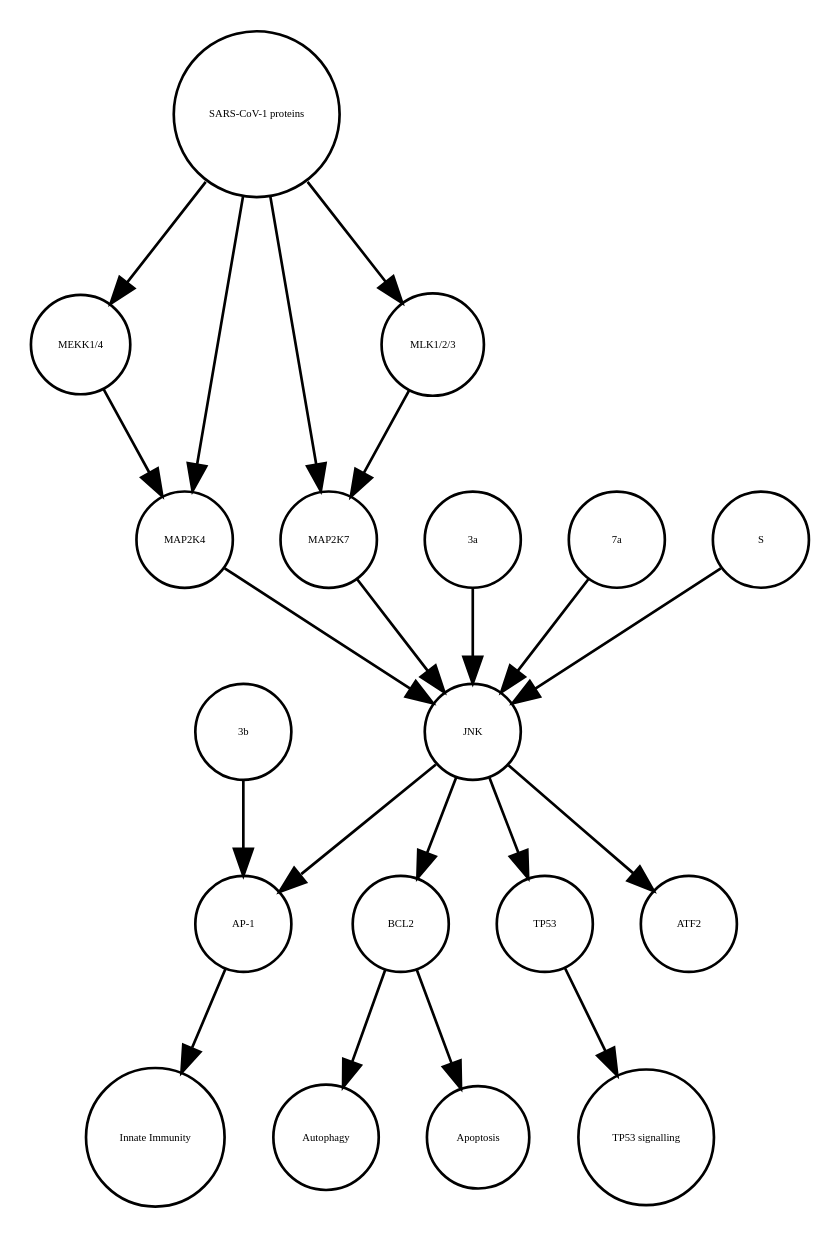
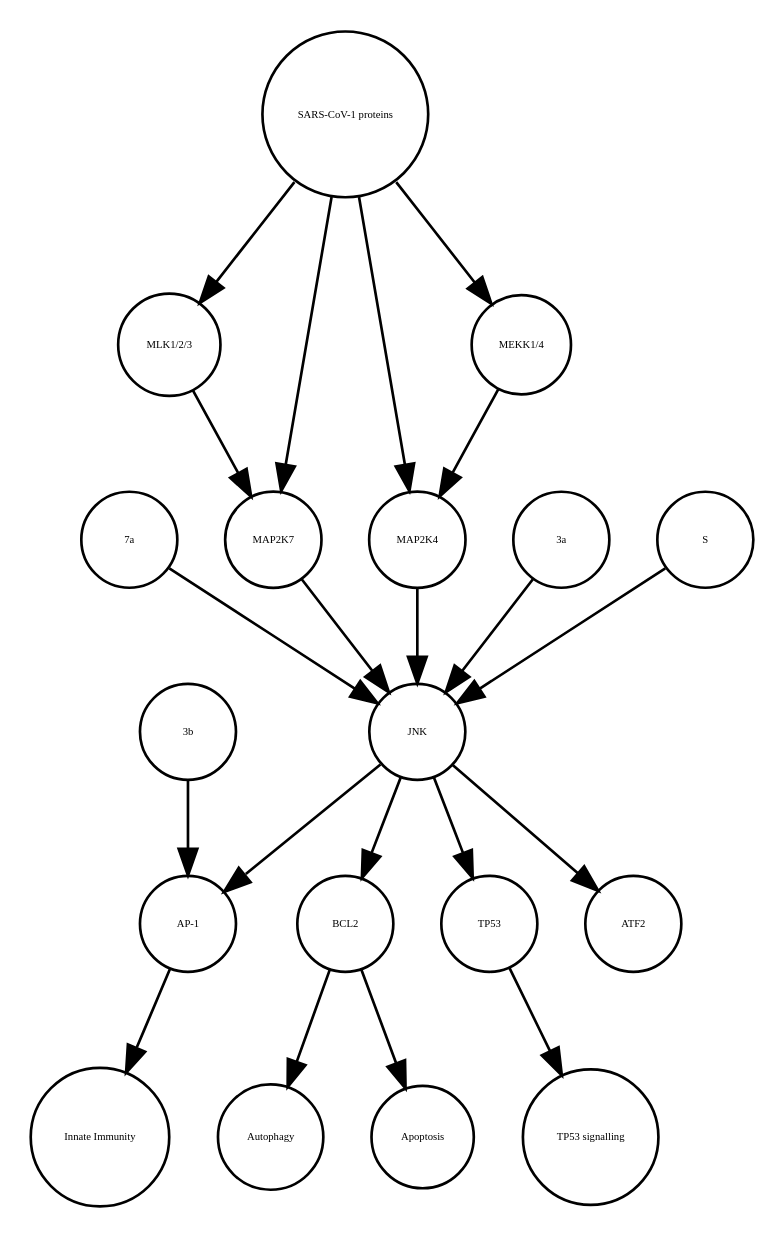
One commit to cannin/covid19-sbgn changed the diagram in JNK_pathway_stable.xml_projected.dot. Above: the diagram before and after it, drawn with Graphviz. The commit also changed other lines of this file and 613 other files, not shown here.

```diff
--- a/JNK_pathway_stable.xml_projected.dot
+++ b/JNK_pathway_stable.xml_projected.dot
@@ -1,40 +1,40 @@
 strict digraph  {
 BCL2 [annotation=urn_miriam_ncbigene_596, bipartite=0, cls=macromolecule, fontsize=4, label=BCL2, shape=circle];
 Autophagy [annotation="urn_miriam_obo.go_GO%3A0006914", bipartite=0, cls=phenotype, fontsize=4, label=Autophagy, shape=circle];
 "AP-1" [annotation="", bipartite=0, cls=complex, fontsize=4, label="AP-1", shape=circle];
 "Innate Immunity" [annotation="urn_miriam_obo.go_GO%3A0045087", bipartite=0, cls=phenotype, fontsize=4, label="Innate Immunity", shape=circle];
 TP53 [annotation=urn_miriam_ncbigene_7157, bipartite=0, cls=macromolecule, fontsize=4, label=TP53, shape=circle];
 "TP53 signalling" [annotation="urn_miriam_obo.go_GO%3A0072331", bipartite=0, cls=phenotype, fontsize=4, label="TP53 signalling", shape=circle];
 Apoptosis [annotation="urn_miriam_obo.go_GO%3A0006915", bipartite=0, cls=phenotype, fontsize=4, label=Apoptosis, shape=circle];
+"MLK1/2/3" [annotation="", bipartite=0, cls=complex, fontsize=4, label="MLK1/2/3", shape=circle];
+"7a" [annotation=urn_miriam_uniprot_P59635, bipartite=0, cls=macromolecule, fontsize=4, label="7a", shape=circle];
+MAP2K4 [annotation=urn_miriam_ncbigene_6416, bipartite=0, cls=macromolecule, fontsize=4, label=MAP2K4, shape=circle];
+JNK [annotation="", bipartite=0, cls=complex, fontsize=4, label=JNK, shape=circle];
+"3a" [annotation=urn_miriam_uniprot_P59632, bipartite=0, cls=macromolecule, fontsize=4, label="3a", shape=circle];
+"3b" [annotation=urn_miriam_uniprot_P59633, bipartite=0, cls=macromolecule, fontsize=4, label="3b", shape=circle];
+"SARS-CoV-1 proteins" [annotation="", bipartite=0, cls=complex, fontsize=4, label="SARS-CoV-1 proteins", shape=circle];
+MAP2K7 [annotation=urn_miriam_ncbigene_5609, bipartite=0, cls=macromolecule, fontsize=4, label=MAP2K7, shape=circle];
 "MEKK1/4" [annotation="", bipartite=0, cls=complex, fontsize=4, label="MEKK1/4", shape=circle];
-MAP2K4 [annotation=urn_miriam_ncbigene_6416, bipartite=0, cls=macromolecule, fontsize=4, label=MAP2K4, shape=circle];
-"3a" [annotation=urn_miriam_uniprot_P59632, bipartite=0, cls=macromolecule, fontsize=4, label="3a", shape=circle];
-MAP2K7 [annotation=urn_miriam_ncbigene_5609, bipartite=0, cls=macromolecule, fontsize=4, label=MAP2K7, shape=circle];
-"3b" [annotation=urn_miriam_uniprot_P59633, bipartite=0, cls=macromolecule, fontsize=4, label="3b", shape=circle];
 ATF2 [annotation=urn_miriam_ncbigene_1386, bipartite=0, cls=macromolecule, fontsize=4, label=ATF2, shape=circle];
-"7a" [annotation=urn_miriam_uniprot_P59635, bipartite=0, cls=macromolecule, fontsize=4, label="7a", shape=circle];
-"MLK1/2/3" [annotation="", bipartite=0, cls=complex, fontsize=4, label="MLK1/2/3", shape=circle];
-JNK [annotation="", bipartite=0, cls=complex, fontsize=4, label=JNK, shape=circle];
-"SARS-CoV-1 proteins" [annotation="", bipartite=0, cls=complex, fontsize=4, label="SARS-CoV-1 proteins", shape=circle];
 S [annotation=urn_miriam_uniprot_P59594, bipartite=0, cls=macromolecule, fontsize=4, label=S, shape=circle];
 BCL2 -> Autophagy  [annotation="", interaction_type="necessary stimulation"];
 BCL2 -> Apoptosis  [annotation="", interaction_type=inhibition];
 "AP-1" -> "Innate Immunity"  [annotation="", interaction_type="necessary stimulation"];
 TP53 -> "TP53 signalling"  [annotation="", interaction_type="necessary stimulation"];
-"MEKK1/4" -> MAP2K4  [annotation="urn_miriam_pubmed_31226023|urn_miriam_taxonomy_694009|urn_miriam_taxonomy_392815", interaction_type=stimulation];
+"MLK1/2/3" -> MAP2K7  [annotation="urn_miriam_pubmed_31226023|urn_miriam_taxonomy_694009|urn_miriam_taxonomy_392815", interaction_type=stimulation];
+"7a" -> JNK  [annotation="urn_miriam_pubmed_17141229|urn_miriam_taxonomy_694009|urn_miriam_taxonomy_392815", interaction_type=stimulation];
 MAP2K4 -> JNK  [annotation="urn_miriam_pubmed_17141229|urn_miriam_taxonomy_694009|urn_miriam_taxonomy_392815", interaction_type=stimulation];
+JNK -> TP53  [annotation=urn_miriam_pubmed_9724739, interaction_type=stimulation];
+JNK -> "AP-1"  [annotation="urn_miriam_pubmed_21561061|urn_miriam_taxonomy_694009", interaction_type=stimulation];
+JNK -> BCL2  [annotation=urn_miriam_pubmed_10567572, interaction_type=stimulation];
+JNK -> ATF2  [annotation=urn_miriam_pubmed_7824938, interaction_type=stimulation];
 "3a" -> JNK  [annotation="urn_miriam_pubmed_17141229|urn_miriam_taxonomy_694009|urn_miriam_taxonomy_392815", interaction_type=stimulation];
-MAP2K7 -> JNK  [annotation="urn_miriam_pubmed_17141229|urn_miriam_taxonomy_694009|urn_miriam_taxonomy_392815", interaction_type=stimulation];
 "3b" -> "AP-1"  [annotation="urn_miriam_pubmed_21561061|urn_miriam_taxonomy_694009", interaction_type=stimulation];
-"7a" -> JNK  [annotation="urn_miriam_pubmed_17141229|urn_miriam_taxonomy_694009|urn_miriam_taxonomy_392815", interaction_type=stimulation];
-"MLK1/2/3" -> MAP2K7  [annotation="urn_miriam_pubmed_31226023|urn_miriam_taxonomy_694009|urn_miriam_taxonomy_392815", interaction_type=stimulation];
-JNK -> "AP-1"  [annotation="urn_miriam_pubmed_21561061|urn_miriam_taxonomy_694009", interaction_type=stimulation];
-JNK -> ATF2  [annotation=urn_miriam_pubmed_7824938, interaction_type=stimulation];
-JNK -> BCL2  [annotation=urn_miriam_pubmed_10567572, interaction_type=stimulation];
-JNK -> TP53  [annotation=urn_miriam_pubmed_9724739, interaction_type=stimulation];
+"SARS-CoV-1 proteins" -> MAP2K7  [annotation="urn_miriam_pubmed_31226023|urn_miriam_taxonomy_694009|urn_miriam_taxonomy_392815", interaction_type=stimulation];
 "SARS-CoV-1 proteins" -> "MEKK1/4"  [annotation="urn_miriam_pubmed_31226023|urn_miriam_taxonomy_694009|urn_miriam_taxonomy_392815", interaction_type=stimulation];
 "SARS-CoV-1 proteins" -> "MLK1/2/3"  [annotation="urn_miriam_taxonomy_694009|urn_miriam_pubmed_31226023|urn_miriam_taxonomy_392815", interaction_type=stimulation];
 "SARS-CoV-1 proteins" -> MAP2K4  [annotation="urn_miriam_pubmed_31226023|urn_miriam_taxonomy_694009|urn_miriam_taxonomy_392815", interaction_type=stimulation];
-"SARS-CoV-1 proteins" -> MAP2K7  [annotation="urn_miriam_pubmed_31226023|urn_miriam_taxonomy_694009|urn_miriam_taxonomy_392815", interaction_type=stimulation];
+MAP2K7 -> JNK  [annotation="urn_miriam_pubmed_17141229|urn_miriam_taxonomy_694009|urn_miriam_taxonomy_392815", interaction_type=stimulation];
+"MEKK1/4" -> MAP2K4  [annotation="urn_miriam_pubmed_31226023|urn_miriam_taxonomy_694009|urn_miriam_taxonomy_392815", interaction_type=stimulation];
 S -> JNK  [annotation="urn_miriam_pubmed_17267381|urn_miriam_taxonomy_694009|urn_miriam_taxonomy_392815", interaction_type=stimulation];
 }
```
